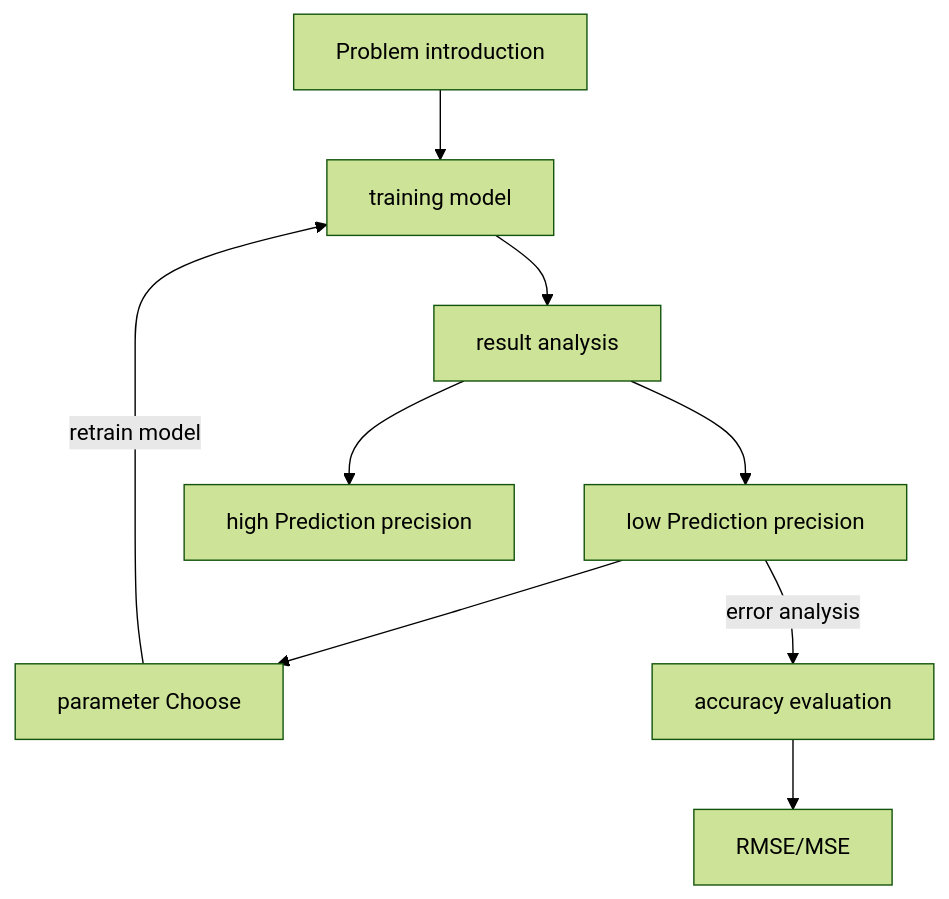
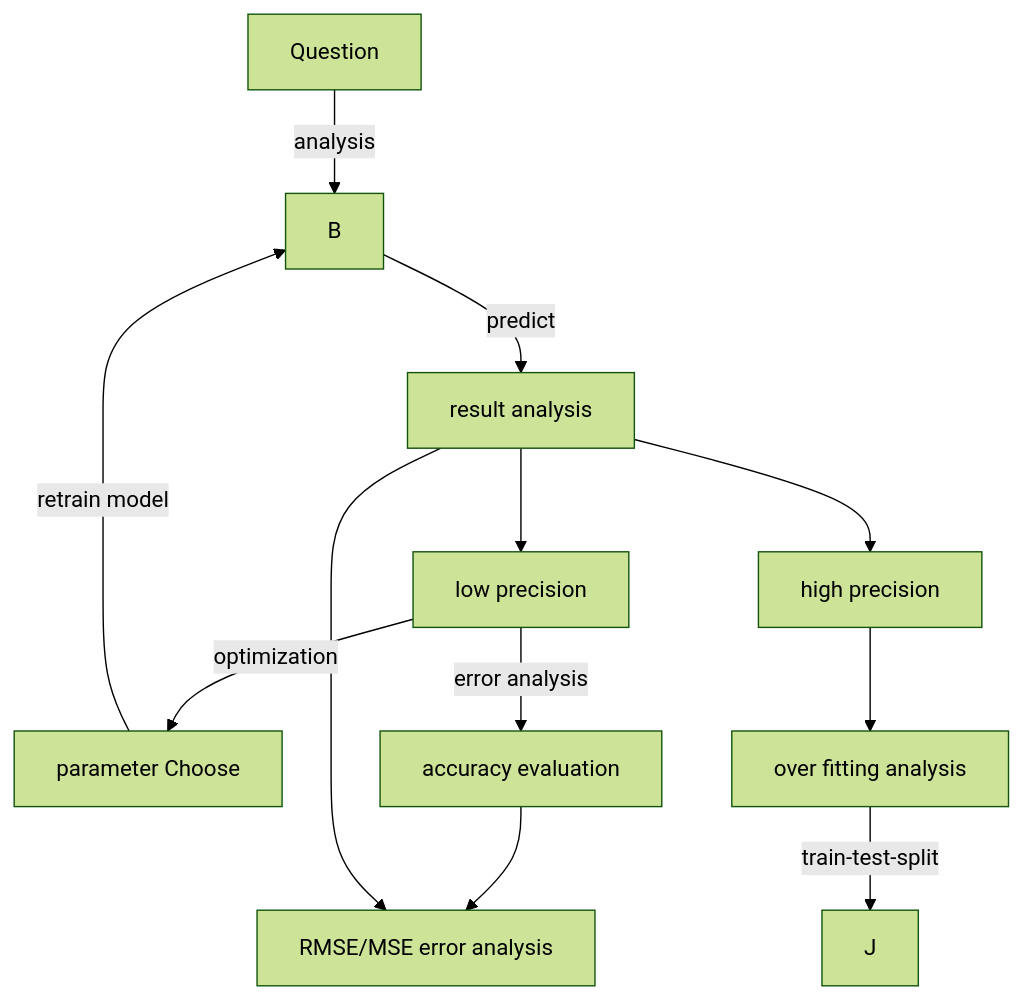
Before and after one commit to FRIEDparrot/ClassReview: the third of 3 diagrams in ClassNotes/Markdown & Latex教程/obsidian教程/Graphic_Practice.md, drawn with Mermaid (forest theme). The commit also changed other lines of this file and 1 other file, not shown here.

Commit message:
vault backup: 2022-12-11 01:00:22

````diff
--- a/ClassNotes/Markdown & Latex教程/obsidian教程/Graphic_Practice.md
+++ b/ClassNotes/Markdown & Latex教程/obsidian教程/Graphic_Practice.md
@@ -19,14 +20,17 @@
 ```mermaid
 graph TB
-A[Problem introduction] --> B[training model]
-B --> C[result analysis]
-C --> D[low Prediction precision]
-D --> E[parameter Choose]
+A
+A[Question] --> |analysis|B
+B --> |predict|C[result analysis]
+C --> D[low precision]
+D --> |optimization|E[parameter Choose]
 D --> |error analysis|F[accuracy evaluation]
-F --> H[RMSE/MSE]
+F --> H[RMSE/MSE error analysis]
 E --> |retrain model|B
 
-C --> G[high Prediction precision]
-
+C --> G[high precision]
+C --> H
+G --> I[over fitting analysis]
+I --> |train-test-split| J
 
 ```
````
